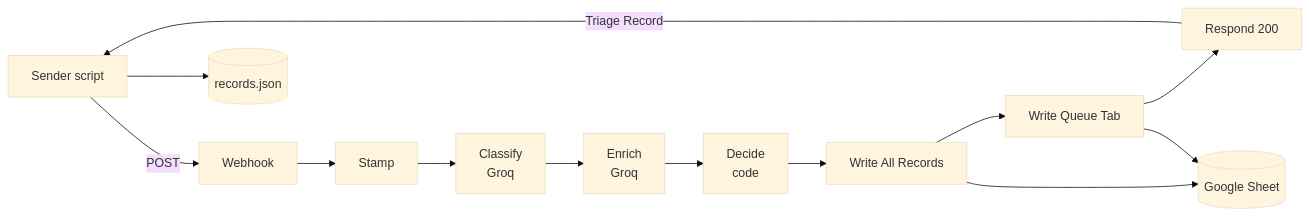
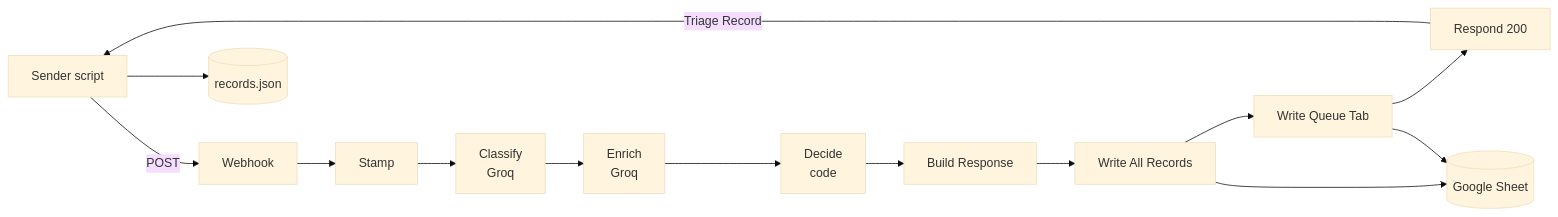
Before and after one commit to hadi-chebbo/arcvault-triage: the diagram in docs/architecture.md, drawn with Mermaid (base theme). The commit also changed other lines of this file and 4 other files, not shown here.

````diff
--- a/docs/architecture.md
+++ b/docs/architecture.md
@@ -7,6 +7,6 @@
 ```mermaid
 flowchart LR
-  S[Sender script] -->|POST| W[Webhook] --> T[Stamp] --> C[Classify<br/>Groq] --> E[Enrich<br/>Groq] --> D[Decide<br/>code] --> A[Write All Records] --> Q[Write Queue Tab] --> R[Respond 200]
+  S[Sender script] -->|POST| W[Webhook] --> T[Stamp] --> C[Classify<br/>Groq] --> E[Enrich<br/>Groq] --> D[Decide<br/>code] --> B[Build Response] --> A[Write All Records] --> Q[Write Queue Tab] --> R[Respond 200]
   R -->|Triage Record| S --> J[(records.json)]
   A & Q --> G[(Google Sheet)]
 ```
````
